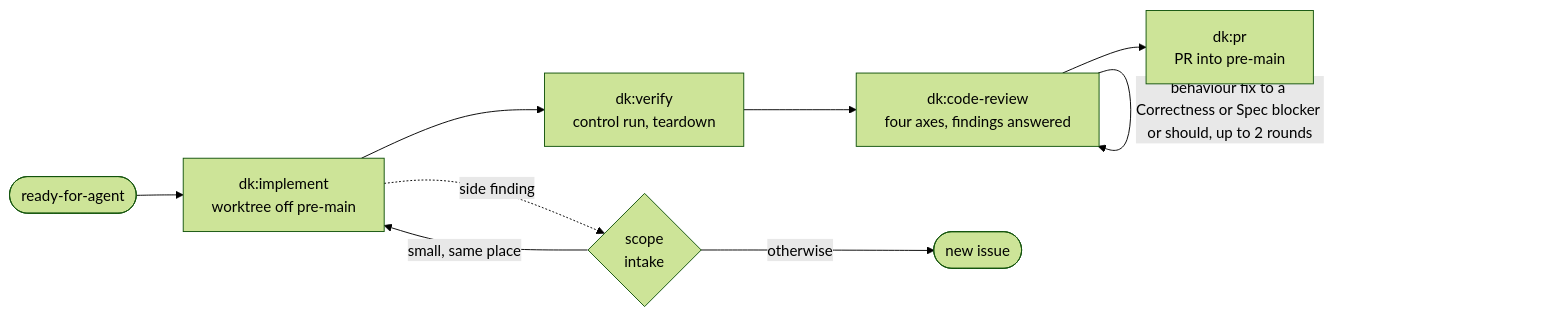
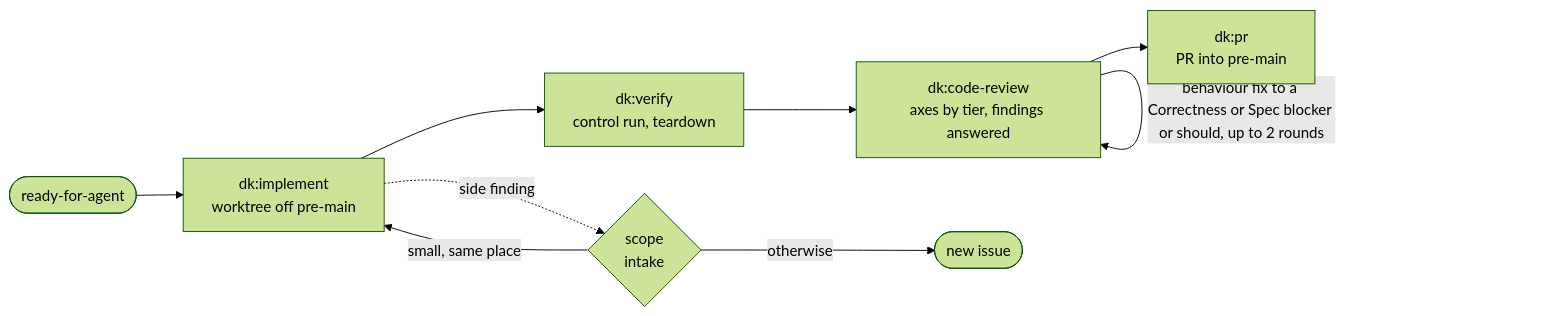
Before and after one commit to kaminski-dev/dk-agent-kit: the second of 5 diagrams in README.md, drawn with Mermaid (forest theme). The commit also changed other lines of this file and 1 other file, not shown here.

Commit message:
Record the tier in the provenance rows and the README (#173)

````diff
--- a/README.md
+++ b/README.md
@@ -55,11 +55,11 @@
 ```mermaid
 flowchart LR
   ready(["ready-for-agent"]) --> implement["dk:implement<br/>worktree off pre-main"]
   implement --> verify["dk:verify<br/>control run, teardown"]
-  verify --> review["dk:code-review<br/>four axes, findings answered"]
+  verify --> review["dk:code-review<br/>axes by tier, findings answered"]
   review -- "behaviour fix to a Correctness or Spec blocker or should, up to 2 rounds" --> review
   review --> pr["dk:pr<br/>PR into pre-main"]
   implement -. "side finding" .-> intake{"scope<br/>intake"}
   intake -- "small, same place" --> implement
   intake -- "otherwise" --> new(["new issue"])
 ```
````
